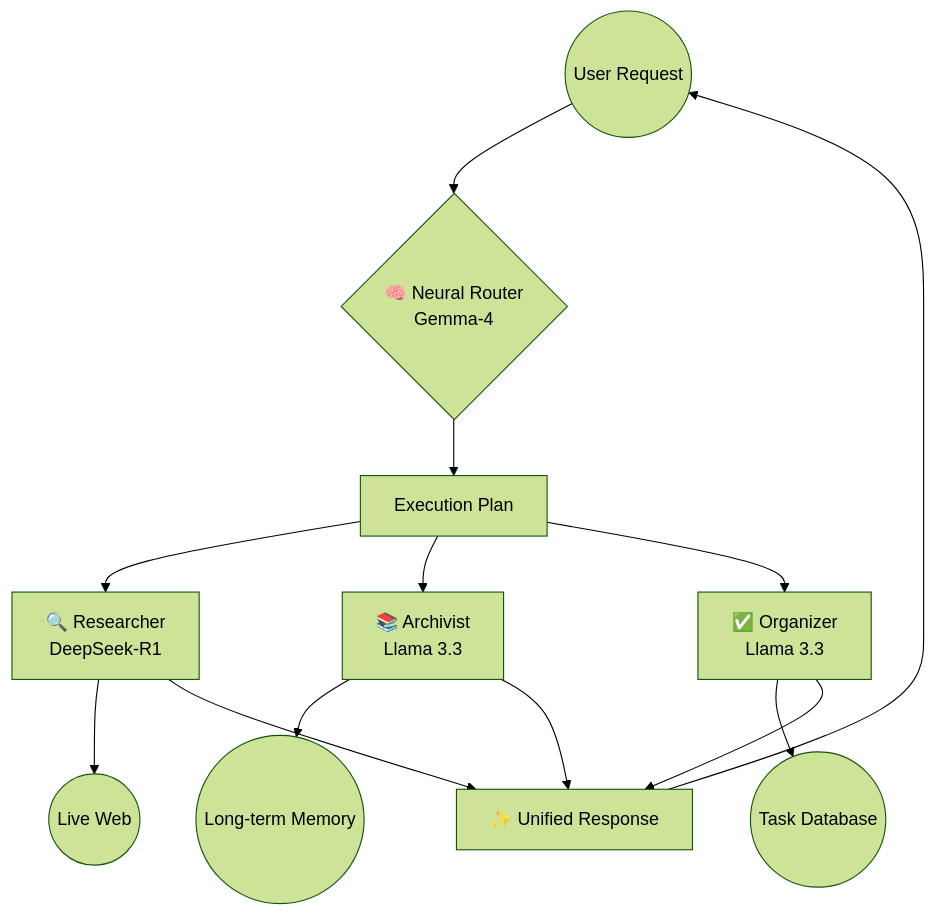
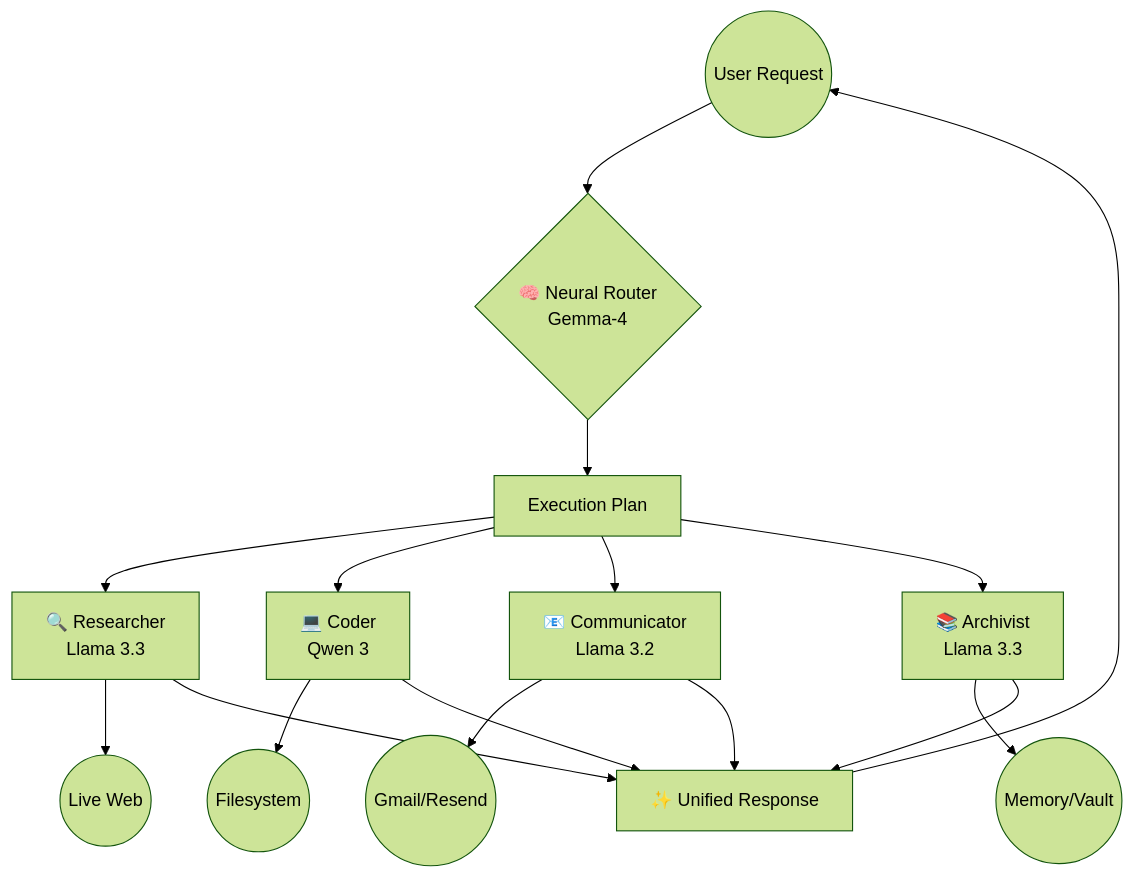
Before and after one commit to Danish2op/Omni-Assistant: the diagram in README.md, drawn with Mermaid (forest theme). The commit also changed other lines of this file and 2 other files, not shown here.

````diff
--- a/README.md
+++ b/README.md
@@ -51,13 +56,17 @@
 ```mermaid
 graph TD
     User((User Request)) --> Router{🧠 Neural Router<br/>Gemma-4}
     Router --> Plan[Execution Plan]
-    Plan --> Analyst[🔍 Researcher<br/>DeepSeek-R1]
+    Plan --> Analyst[🔍 Researcher<br/>Llama 3.3]
+    Plan --> Coder[💻 Coder<br/>Qwen 3]
+    Plan --> Comm[📧 Communicator<br/>Llama 3.2]
     Plan --> Archivist[📚 Archivist<br/>Llama 3.3]
-    Plan --> Organizer[✅ Organizer<br/>Llama 3.3]
+    
     Analyst --> Web((Live Web))
-    Archivist --> Mem((Long-term Memory))
-    Organizer --> Tasks((Task Database))
-    Analyst & Archivist & Organizer --> Final[✨ Unified Response]
+    Coder --> Codebase((Filesystem))
+    Comm --> Email((Gmail/Resend))
+    Archivist --> Mem((Memory/Vault))
+    
+    Analyst & Coder & Comm & Archivist --> Final[✨ Unified Response]
     Final --> User
 ```
````
